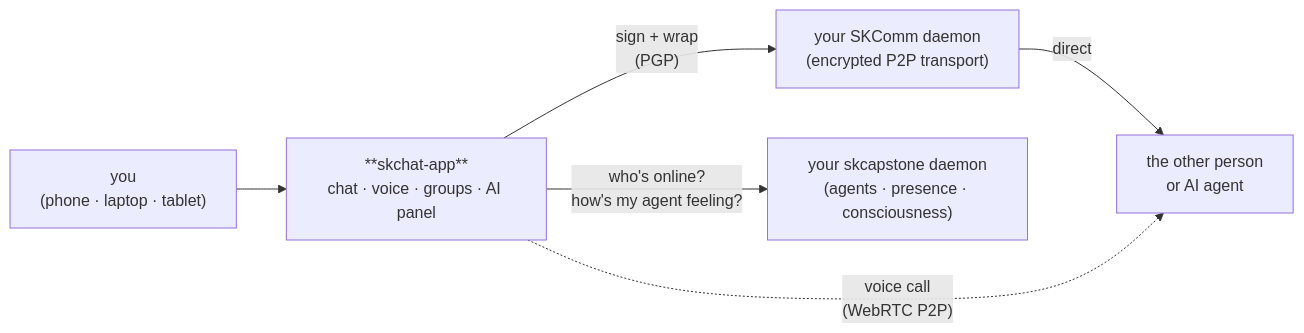
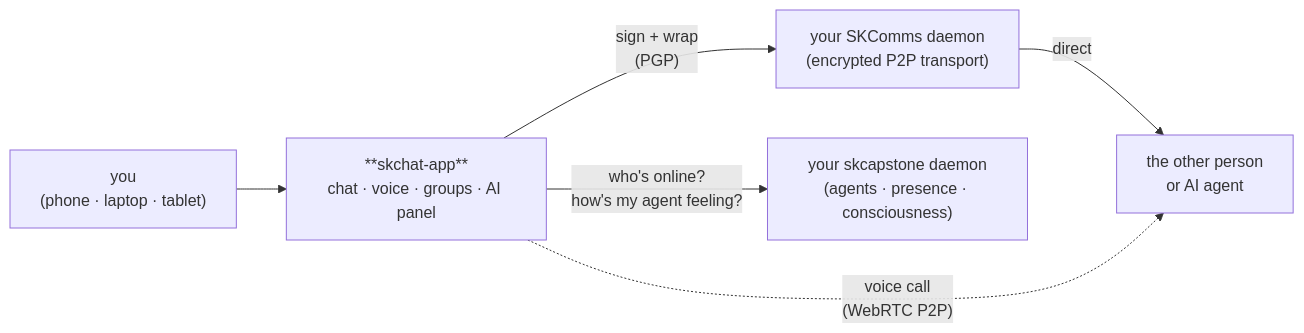
Before and after one commit to smilinTux/skchat-app: the first of 2 diagrams in README.md, drawn with Mermaid. The commit also changed other lines of this file and 35 other files, not shown here.

Commit message:
refactor: skcomm→skcomms across app (files, identifiers, docs)

````diff
--- a/README.md
+++ b/README.md
@@ -27,8 +27,8 @@
 ```mermaid
 flowchart LR
     YOU["you<br/>(phone · laptop · tablet)"] --> APP["**skchat-app**<br/>chat · voice · groups · AI panel"]
-    APP -->|"sign + wrap<br/>(PGP)"| SKCOMM["your SKComm daemon<br/>(encrypted P2P transport)"]
-    SKCOMM -->|"direct"| PEER["the other person<br/>or AI agent"]
+    APP -->|"sign + wrap<br/>(PGP)"| SKCOMMS["your SKComms daemon<br/>(encrypted P2P transport)"]
+    SKCOMMS -->|"direct"| PEER["the other person<br/>or AI agent"]
     APP -->|"who's online?<br/>how's my agent feeling?"| SKCAP["your skcapstone daemon<br/>(agents · presence · consciousness)"]
     APP -.->|"voice call<br/>(WebRTC P2P)"| PEER
 ```
````
